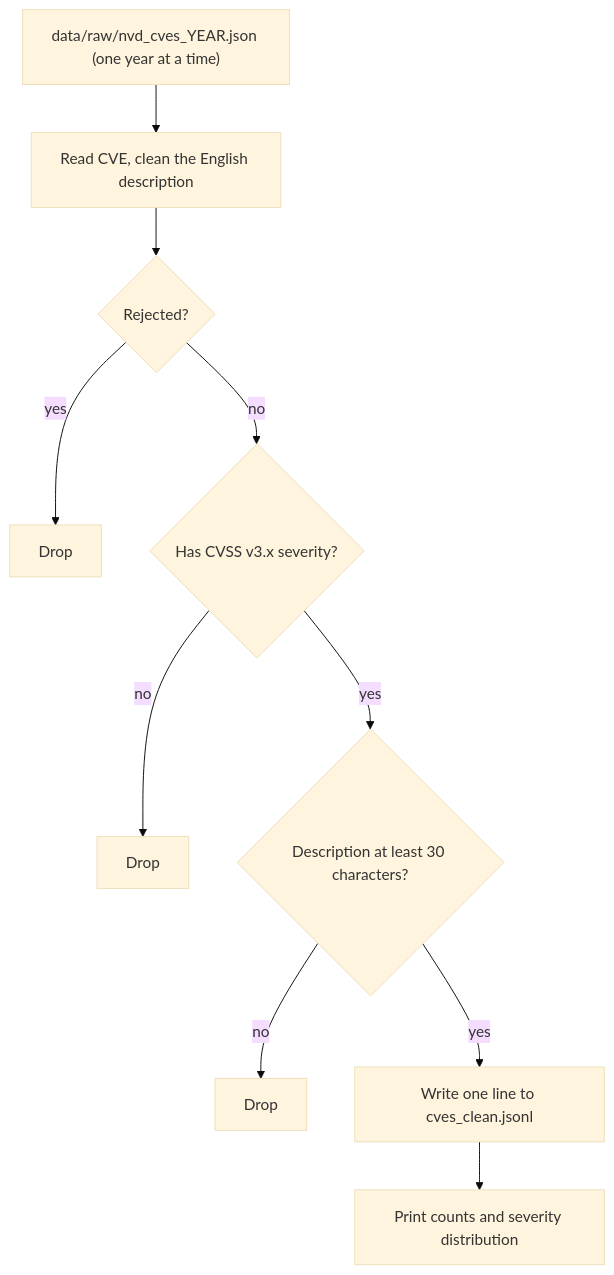
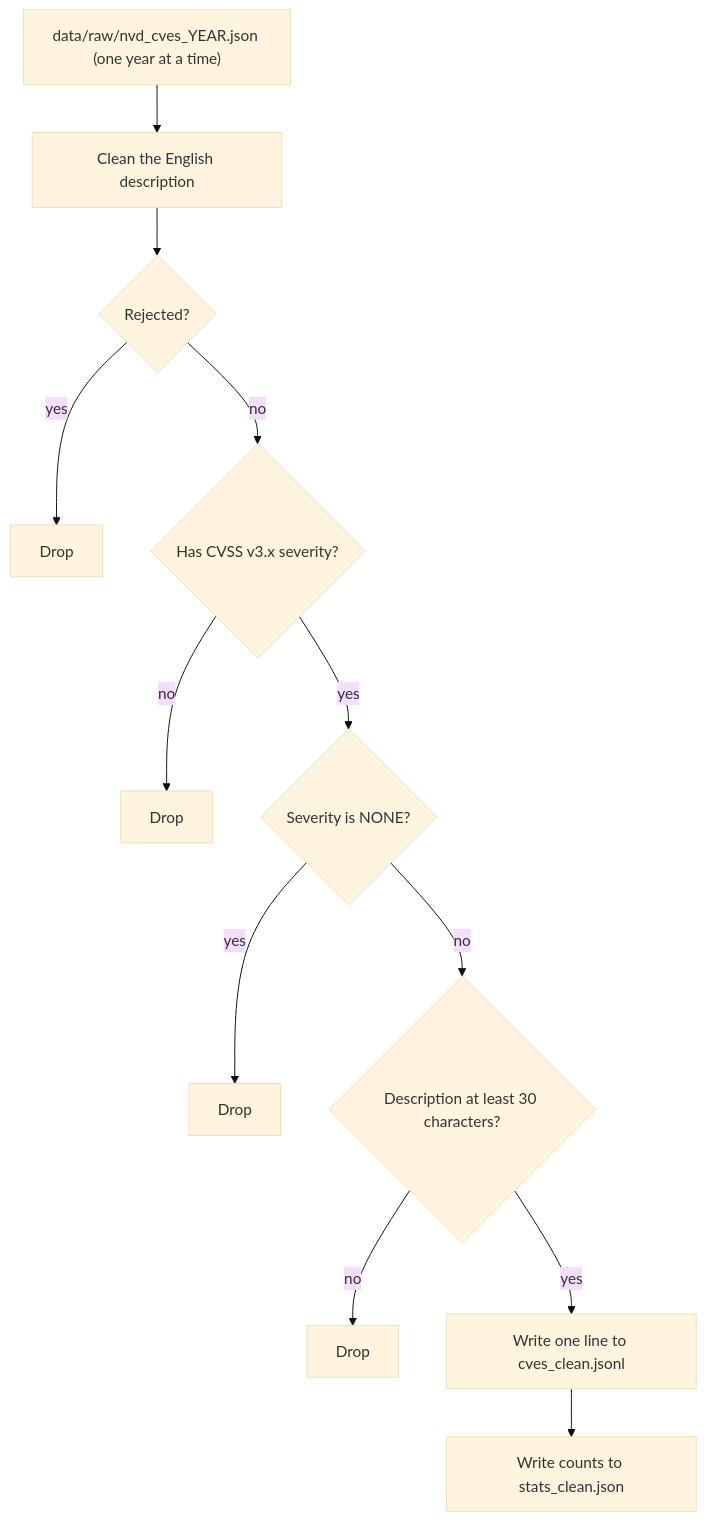
The diagram in docs/stage-03-data-cleaning/README.md (preetik92002-tech/llm-finetune-cyber), drawn with Mermaid (base theme) before and after one commit. The commit also changed other lines of this file and 33 other files, not shown here.

Commit message:
docs: add root README, journal and errors-and-fixes log add metrics ledger and stage READMEs feat(docs): generate charts from stats files

````diff
--- a/docs/stage-03-data-cleaning/README.md
+++ b/docs/stage-03-data-cleaning/README.md
@@ -23,12 +31,14 @@
 ```mermaid
 flowchart TD
-    A["data/raw/nvd_cves_YEAR.json (one year at a time)"] --> B["Read CVE, clean the English description"]
+    A["data/raw/nvd_cves_YEAR.json (one year at a time)"] --> B["Clean the English description"]
     B --> C{"Rejected?"}
     C -- yes --> X1["Drop"]
     C -- no --> D{"Has CVSS v3.x severity?"}
     D -- no --> X2["Drop"]
-    D -- yes --> E{"Description at least 30 characters?"}
+    D -- yes --> N{"Severity is NONE?"}
+    N -- yes --> X4["Drop"]
+    N -- no --> E{"Description at least 30 characters?"}
     E -- no --> X3["Drop"]
     E -- yes --> F["Write one line to cves_clean.jsonl"]
-    F --> G["Print counts and severity distribution"]
+    F --> G["Write counts to stats_clean.json"]
 ```
````
